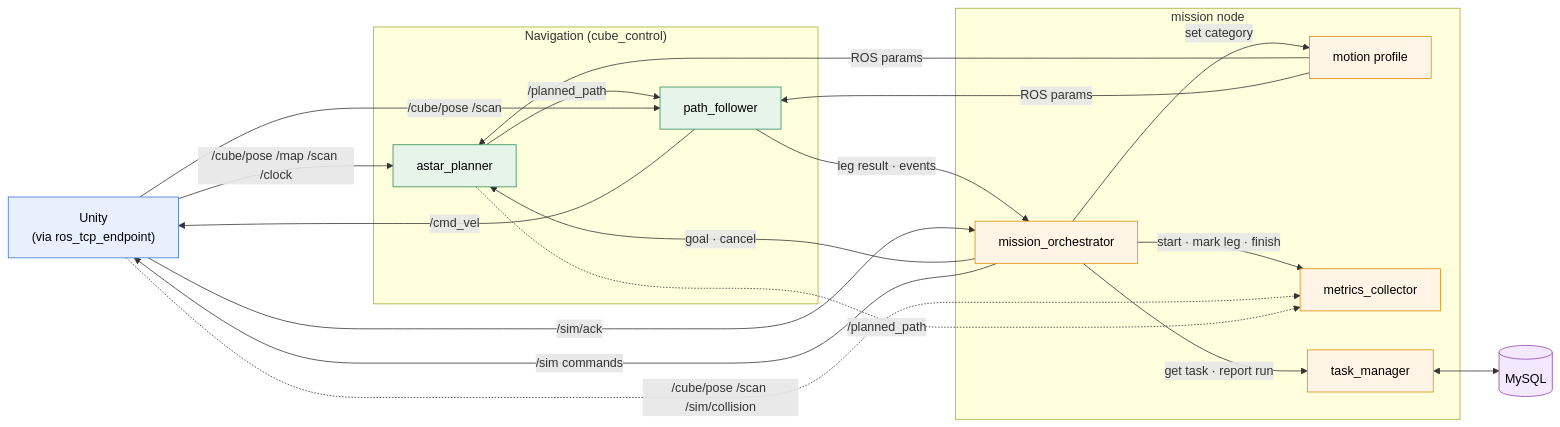
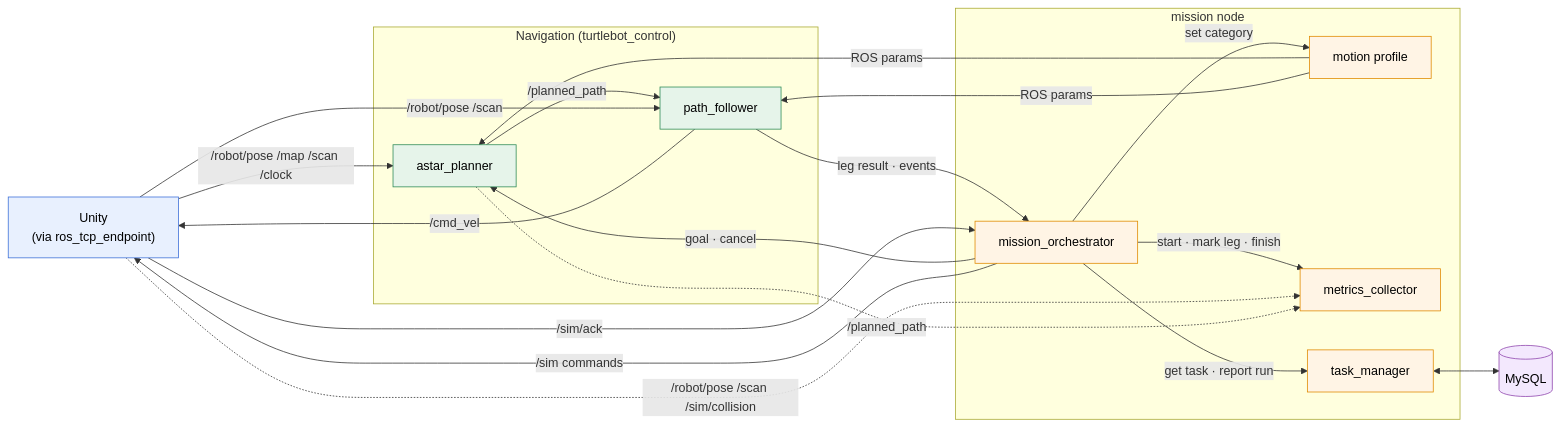
Before and after one commit to HoNguyen17/Mobile_Robo_SuppliesChain: the second of 4 diagrams in docs/architecture.md, drawn with Mermaid. The commit also changed other lines of this file and 23 other files, not shown here.

````diff
--- a/docs/architecture.md
+++ b/docs/architecture.md
@@ -107,42 +120,42 @@
 ```mermaid
 flowchart LR
     U["Unity<br/>(via ros_tcp_endpoint)"]
 
-    subgraph NAV["Navigation (cube_control)"]
+    subgraph NAV["Navigation (turtlebot_control)"]
         PL[astar_planner] -- "/planned_path" --> FO[path_follower]
     end
 
     subgraph APP["mission node"]
         MO[mission_orchestrator]
         MP[motion profile]
         MC[metrics_collector]
         TM[task_manager]
     end
 
     DB[(MySQL)]
 
-    U -- "/cube/pose /map /scan /clock" --> PL
-    U -- "/cube/pose /scan" --> FO
+    U -- "/robot/pose /map /scan /clock" --> PL
+    U -- "/robot/pose /scan" --> FO
     FO -- "/cmd_vel" --> U
     MO -- "goal · cancel" --> PL
     FO -- "leg result · events" --> MO
     MO -- "set category" --> MP
     MP -- "ROS params" --> PL
     MP -- "ROS params" --> FO
     MO -- "/sim commands" --> U
     U -- "/sim/ack" --> MO
     MO -- "start · mark leg · finish" --> MC
     MO -- "get task · report run" --> TM
-    U -. "/cube/pose /scan /sim/collision" .-> MC
+    U -. "/robot/pose /scan /sim/collision" .-> MC
     PL -. "/planned_path" .-> MC
     TM <--> DB
 
     classDef nav fill:#E6F4EA,stroke:#2E8B57,color:#000
     classDef app fill:#FFF4E5,stroke:#E08A00,color:#000
     classDef sim fill:#E8F0FE,stroke:#3B6FD8,color:#000
     classDef db fill:#F3E8FD,stroke:#8E44AD,color:#000
     class PL,FO nav
     class MO,MP,MC,TM app
     class U sim
     class DB db
 ```
````
